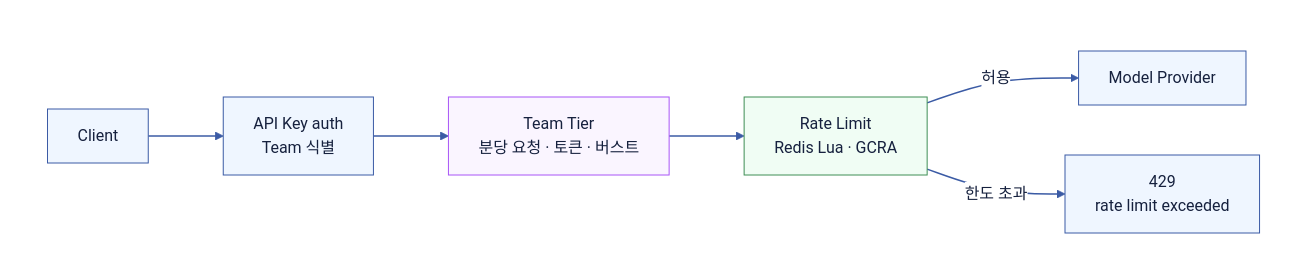
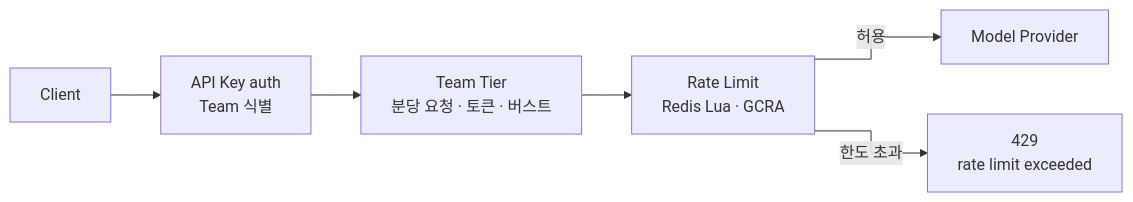
One commit to Hyune-s-lab/my-ai-study changed the first of 3 diagrams in system-design/2608-admission-control/2608-p1-rate-limit.md. Above: the diagram before and after it, drawn with Mermaid. The commit also changed other lines of this file and 49 other files, not shown here.

Commit message:
docs: 단순 다이어그램은 Mermaid로, 복잡한 배치는 SVG로 정리

````diff
--- a/system-design/2608-admission-control/2608-p1-rate-limit.md
+++ b/system-design/2608-admission-control/2608-p1-rate-limit.md
@@ -11,26 +11,15 @@
 ```mermaid
 flowchart LR
-%%{init: {"theme": "base", "darkMode": false, "themeVariables": {"background": "#ffffff", "primaryColor": "#EFF6FF", "primaryTextColor": "#16213E", "primaryBorderColor": "#3B5BA5", "secondaryColor": "#F0FDF4", "tertiaryColor": "#FAF5FF", "lineColor": "#3B5BA5", "textColor": "#16213E", "edgeLabelBackground": "#ffffff", "clusterBkg": "#F8FAFC", "clusterBorder": "#CBD5E1"}}}%%
-  subgraph canvas[" "]
-    direction LR
-    client["Client"]
-    auth["API Key auth<br/>Team 식별"]
-    tier["Team Tier<br/>분당 요청 · 토큰 · 버스트"]
-    rate["Rate Limit<br/>Redis Lua · GCRA"]
-    provider["Model Provider"]
-    denied["429<br/>rate limit exceeded"]
-  
-    client --> auth --> tier --> rate
-    rate -->|"허용"| provider
-    rate -->|"한도 초과"| denied
-  end
-  style canvas fill:#ffffff,stroke:#ffffff,color:#111827
-  linkStyle default stroke:#3B5BA5,stroke-width:1.5px
-  classDef app fill:#EFF6FF,stroke:#3B5BA5,stroke-width:1px,color:#16213E
-  class client,auth,provider,denied app
-  classDef db fill:#F0FDF4,stroke:#3F8E55,stroke-width:1px,color:#16213E
-  class rate db
-  classDef policy fill:#FAF5FF,stroke:#A855F7,stroke-width:1px,color:#16213E
-  class tier policy
-  classDef worker fill:#FFF7ED,stroke:#C98A2B,stroke-width:1px,color:#16213E
+%%{init: {"flowchart": {"curve": "stepAfter", "wrappingWidth": 400}}}%%
+  n_client["Client"]
+  n_auth["API Key auth<br/>Team 식별"]
+  n_tier["Team Tier<br/>분당 요청 · 토큰 · 버스트"]
+  n_rate["Rate Limit<br/>Redis Lua · GCRA"]
+  n_provider["Model Provider"]
+  n_denied["429<br/>rate limit exceeded"]
+  n_client --> n_auth
+  n_auth --> n_tier
+  n_tier --> n_rate
+  n_rate -->|"허용"| n_provider
+  n_rate -->|"한도 초과"| n_denied
 ```
````
